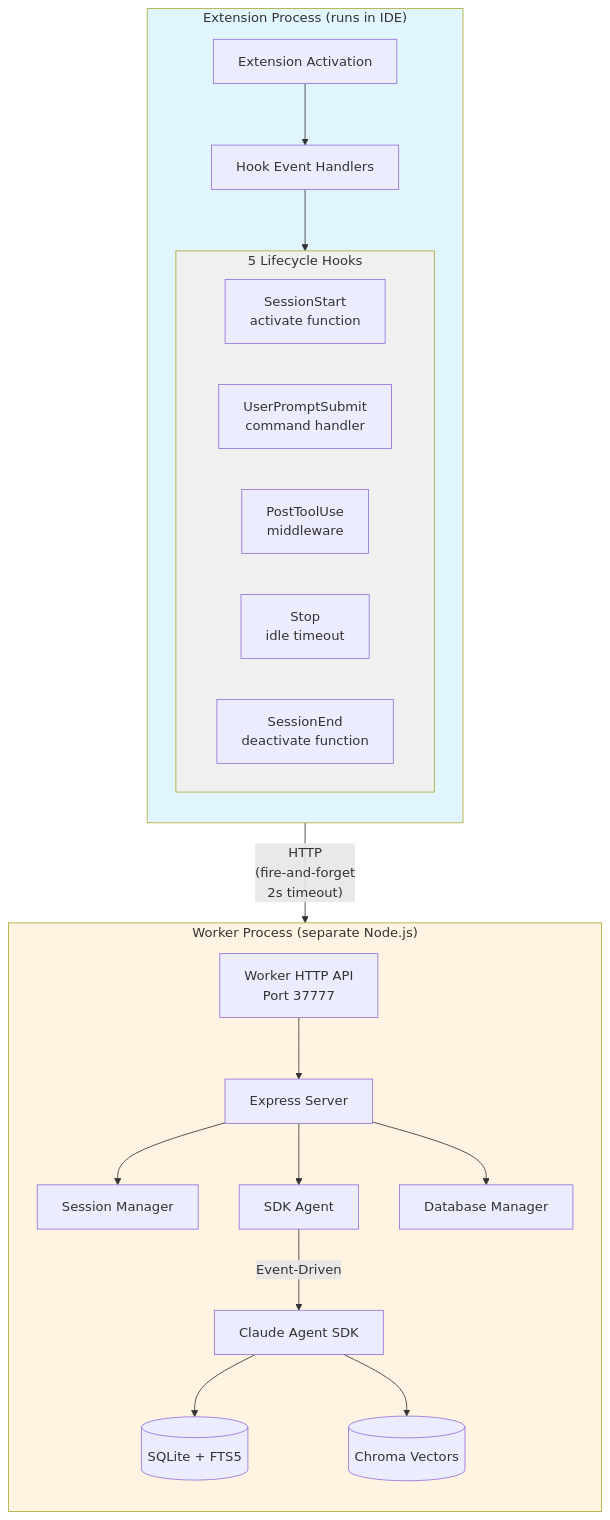
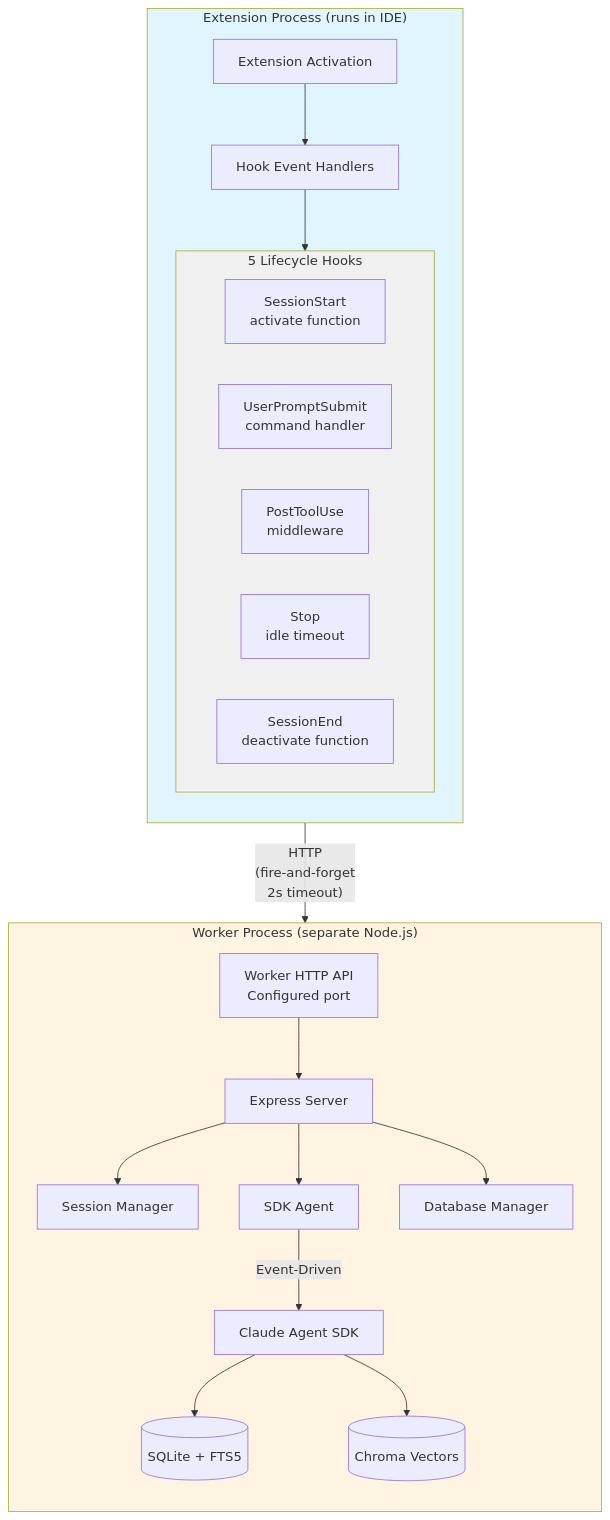
The first of 10 diagrams in apps/claude-mem/docs/public/architecture/hooks.mdx (innotelinc/jesus), drawn with Mermaid before and after one commit. The commit also changed other lines of this file and 61 other files, not shown here.

````diff
--- a/apps/claude-mem/docs/public/architecture/hooks.mdx
+++ b/apps/claude-mem/docs/public/architecture/hooks.mdx
@@ -16,37 +16,37 @@
 ```mermaid
 graph TB
     subgraph EXT["Extension Process (runs in IDE)"]
         direction TB
         ACT[Extension Activation]
         HOOKS[Hook Event Handlers]
         ACT --> HOOKS
 
         subgraph HOOK_HANDLERS["5 Lifecycle Hooks"]
             H1[SessionStart<br/>activate function]
             H2[UserPromptSubmit<br/>command handler]
             H3[PostToolUse<br/>middleware]
             H4[Stop<br/>idle timeout]
             H5[SessionEnd<br/>deactivate function]
         end
 
         HOOKS --> HOOK_HANDLERS
     end
 
-    HOOK_HANDLERS -->|"HTTP<br/>(fire-and-forget<br/>2s timeout)"| HTTP[Worker HTTP API<br/>Port 37777]
+    HOOK_HANDLERS -->|"HTTP<br/>(fire-and-forget<br/>2s timeout)"| HTTP[Worker HTTP API<br/>Configured port]
 
     subgraph WORKER["Worker Process (separate Node.js)"]
         direction TB
         HTTP --> API[Express Server]
         API --> SESS[Session Manager]
         API --> AGENT[SDK Agent]
         API --> DB[Database Manager]
 
         AGENT -->|Event-Driven| CLAUDE[Claude Agent SDK]
         CLAUDE --> SQLITE[(SQLite + FTS5)]
         CLAUDE --> CHROMA[(Chroma Vectors)]
     end
 
     style EXT fill:#e1f5ff
     style WORKER fill:#fff4e1
     style HOOK_HANDLERS fill:#f0f0f0
 ```
````
